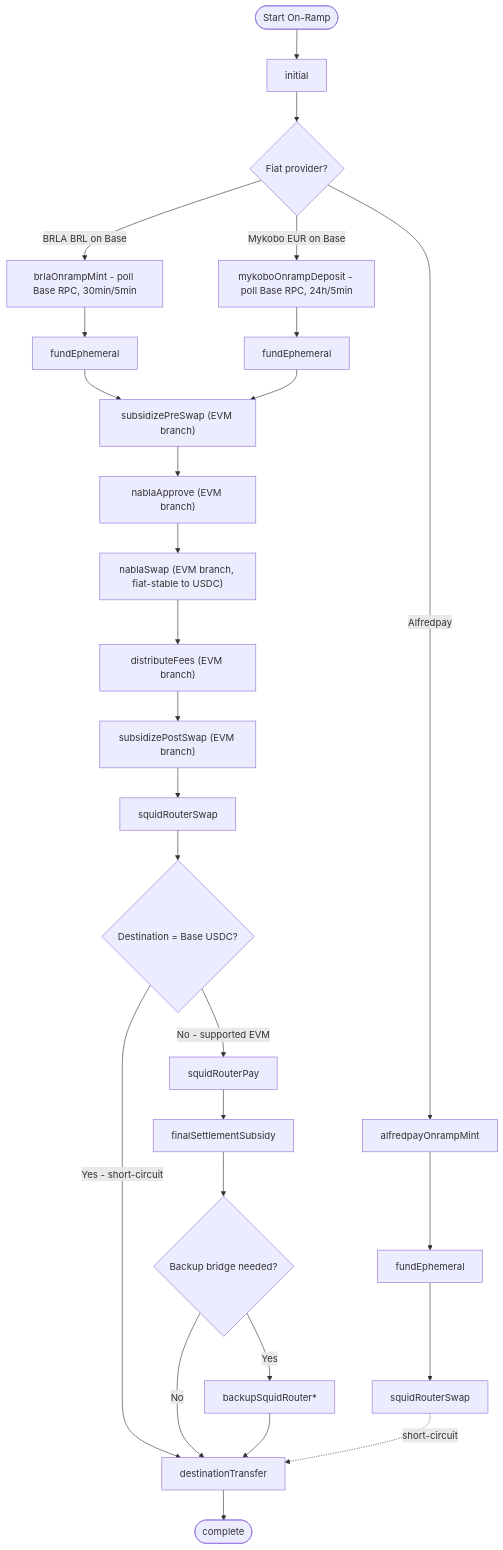
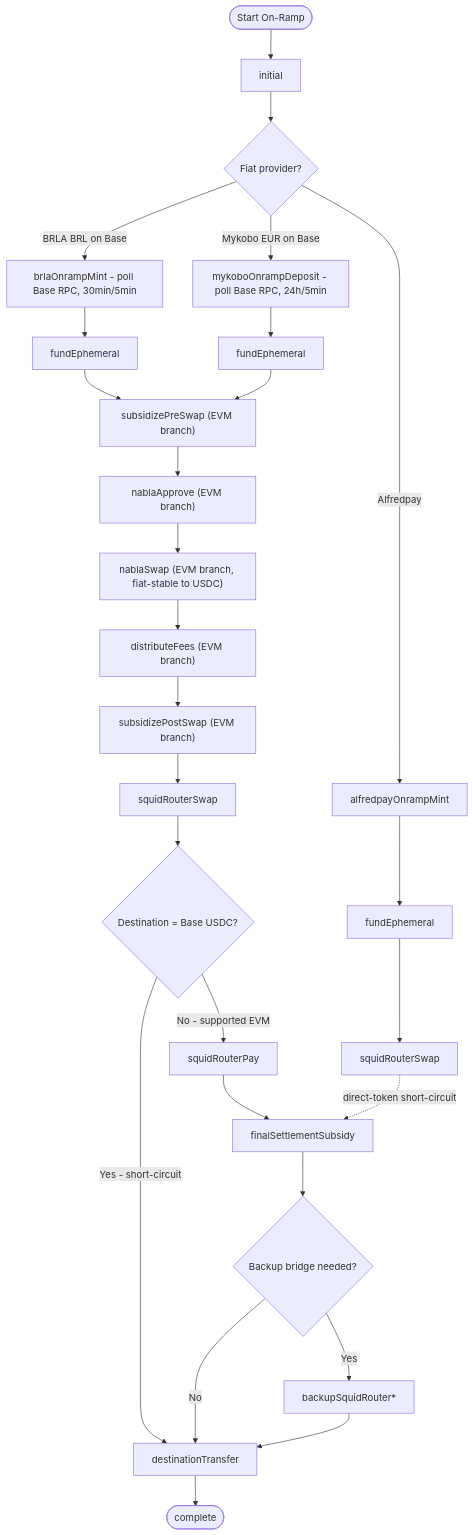
One commit to pendulum-chain/vortex changed the first of 2 diagrams in docs/security-spec/03-ramp-engine/ramp-phase-flows.md. Above: the diagram before and after it, drawn with Mermaid. The commit also changed other lines of this file and 3 other files, not shown here.

````diff
--- a/docs/security-spec/03-ramp-engine/ramp-phase-flows.md
+++ b/docs/security-spec/03-ramp-engine/ramp-phase-flows.md
@@ -71,42 +71,41 @@
 ```mermaid
 graph TD
     Start([Start On-Ramp]) --> Init[initial]
     Init --> Provider{Fiat provider?}
 
     %% --- Per-corridor fiat-watch entry phases ---
     Provider -->|BRLA BRL on Base| BrlaMint[brlaOnrampMint - poll Base RPC, 30min/5min]
     Provider -->|Mykobo EUR on Base| MykMint[mykoboOnrampDeposit - poll Base RPC, 24h/5min]
     Provider -->|Alfredpay| AfMint[alfredpayOnrampMint]
 
     %% --- Both BRL and EUR fund the Base ephemeral with ETH gas before swap ---
     BrlaMint --> BrlaFund[fundEphemeral]
     MykMint --> MykFund[fundEphemeral]
     BrlaFund --> SubPreEvm
     MykFund --> SubPreEvm
 
     %% --- Shared Base-EVM swap chain (BRL + EUR) ---
     SubPreEvm["subsidizePreSwap (EVM branch)"] --> ApproveEvm["nablaApprove (EVM branch)"]
     ApproveEvm --> SwapEvm["nablaSwap (EVM branch, fiat-stable to USDC)"]
     SwapEvm --> DistEvm["distributeFees (EVM branch)"]
     DistEvm --> SubPostEvm["subsidizePostSwap (EVM branch)"]
     SubPostEvm --> SquidSwap[squidRouterSwap]
 
     %% --- Destination routing (shared) ---
     SquidSwap --> Dest{Destination = Base USDC?}
     Dest -->|Yes - short-circuit| DestTransfer[destinationTransfer]
     Dest -->|No - supported EVM| SquidPay[squidRouterPay]
     SquidPay --> FinalSubsidy[finalSettlementSubsidy]
     FinalSubsidy --> Backup{Backup bridge needed?}
     Backup -->|Yes| BackupSquid[backupSquidRouter*]
     Backup -->|No| DestTransfer
     BackupSquid --> DestTransfer
 
-    %% --- Alfredpay branch: squidRouterSwap handler short-circuits to destinationTransfer ---
-    %% (squid-router-phase-handler.ts:72 detects isAlfredpayOnramp and skips squidRouterPay + finalSettlementSubsidy)
+    %% --- Alfredpay branch: direct-token Polygon case short-circuits the swap, then final settlement subsidy runs before destinationTransfer ---
     AfMint --> AfFund[fundEphemeral]
     AfFund --> AfSquidSwap[squidRouterSwap]
-    AfSquidSwap -.short-circuit.-> DestTransfer
+    AfSquidSwap -.direct-token short-circuit.-> FinalSubsidy
 
     %% --- Terminal ---
     DestTransfer --> Complete([complete])
 ```
````
